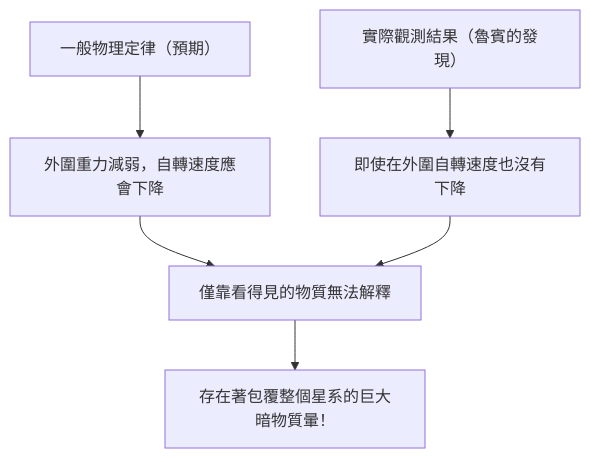
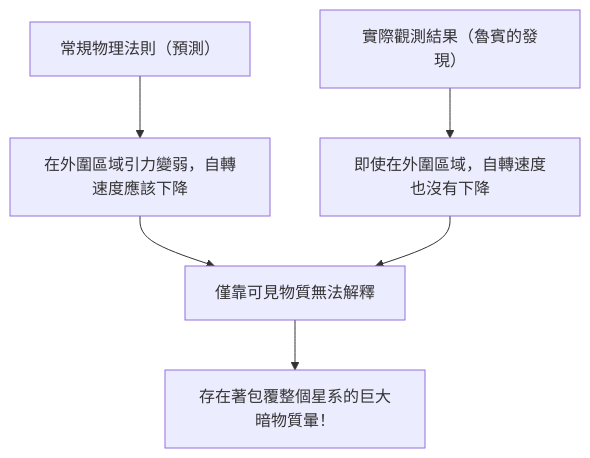
Before and after one commit to kenjinote/blog: the first of 2 diagrams in content/post/dark-matter-dark-energy-mysteries/index.zh-tw.md, drawn with Mermaid. The commit also changed other lines of this file and 12 other files, not shown here.

````diff
--- a/content/post/dark-matter-dark-energy-mysteries/index.zh-tw.md
+++ b/content/post/dark-matter-dark-energy-mysteries/index.zh-tw.md
@@ -31,8 +31,8 @@
 ```mermaid
 graph TD
-    A["一般物理定律（預期）"] --> B["外圍重力減弱，自轉速度應會下降"]
-    C["實際觀測結果（魯賓的發現）"] --> D["即使在外圍自轉速度也沒有下降"]
-    B --> E["僅靠看得見的物質無法解釋"]
+    A["常規物理法則（預測）"] --> B["在外圍區域引力變弱，自轉速度應該下降"]
+    C["實際觀測結果（魯賓的發現）"] --> D["即使在外圍區域，自轉速度也沒有下降"]
+    B --> E["僅靠可見物質無法解釋"]
     D --> E
     E --> F["存在著包覆整個星系的巨大暗物質暈！"]
 ```
````
